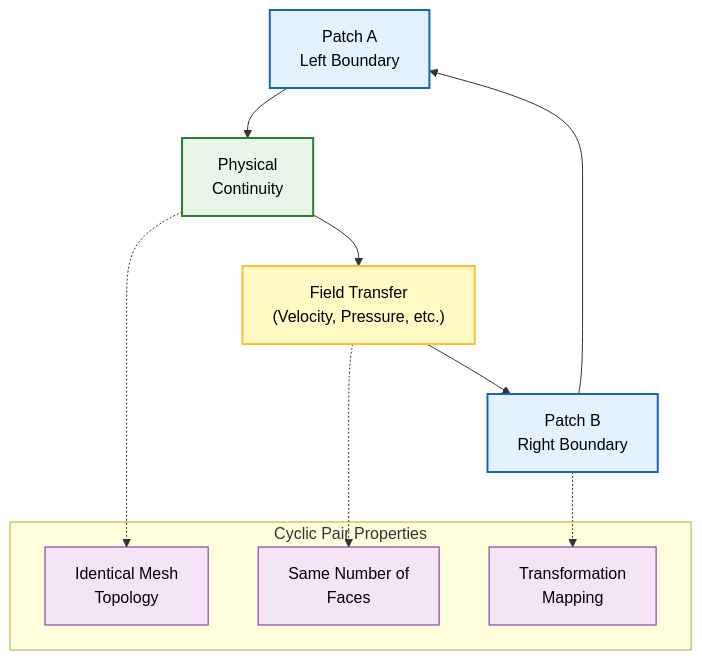
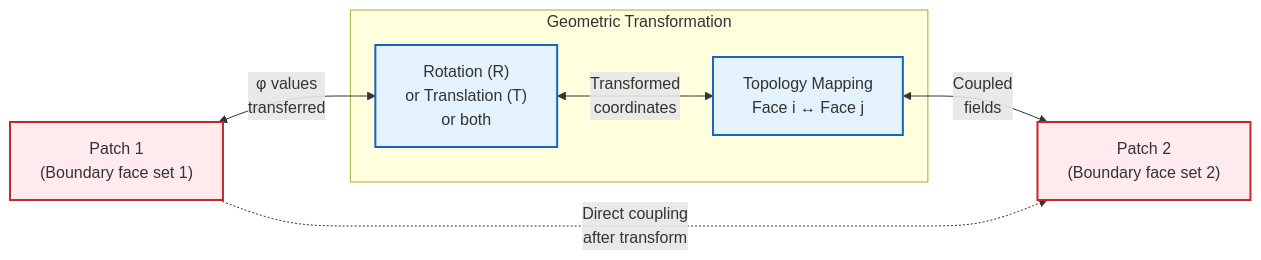
The third of 7 diagrams in MODULE_01_CFD_FUNDAMENTALS/CONTENT/03_BOUNDARY_CONDITIONS/06_Advanced_Boundary_Conditions.md (wramet/build-my-cfd), drawn with Mermaid before and after one commit. The commit also changed other lines of this file and 313 other files, not shown here.

Commit message:
Revise all diagram

````diff
--- a/MODULE_01_CFD_FUNDAMENTALS/CONTENT/03_BOUNDARY_CONDITIONS/06_Advanced_Boundary_Conditions.md
+++ b/MODULE_01_CFD_FUNDAMENTALS/CONTENT/03_BOUNDARY_CONDITIONS/06_Advanced_Boundary_Conditions.md
@@ -179,25 +177,22 @@
 ```mermaid
-graph TD
-    A["Patch A<br/>Left Boundary"] --> B["Physical<br/>Continuity"]
-    B --> C["Field Transfer<br/>(Velocity, Pressure, etc.)"]
-    C --> D["Patch B<br/>Right Boundary"]
-    D --> A
+graph LR
+%% Cyclic BC Conceptual Framework
+P1["Patch 1<br/>(Boundary face set 1)"]:::explicit
 
-    subgraph "Cyclic Pair Properties"
-        E["Identical Mesh<br/>Topology"]
-        F["Same Number of<br/>Faces"]
-        G["Transformation<br/>Mapping"]
-    end
+subgraph Transform ["Geometric Transformation"]
+Rot["Rotation (R)<br/>or Translation (T)<br/>or both"]:::implicit
+Map["Topology Mapping<br/>Face i ↔ Face j"]:::implicit
+end
 
-    B -.-> E
-    C -.-> F
-    D -.-> G
+P2["Patch 2<br/>(Boundary face set 2)"]:::explicit
 
-    style A fill:#e3f2fd,stroke:#1565c0,stroke-width:2px,color:#000;
-    style B fill:#e8f5e9,stroke:#2e7d32,stroke-width:2px,color:#000;
-    style C fill:#fff9c4,stroke:#fbc02d,stroke-width:2px,color:#000;
-    style D fill:#e3f2fd,stroke:#1565c0,stroke-width:2px,color:#000;
-    style E fill:#f3e5f5,stroke:#7b1fa2,stroke-width:1px,color:#000;
-    style F fill:#f3e5f5,stroke:#7b1fa2,stroke-width:1px,color:#000;
-    style G fill:#f3e5f5,stroke:#7b1fa2,stroke-width:1px,color:#000;
+P1 <-->|φ values<br/>transferred| Rot
+Rot <-->|Transformed<br/>coordinates| Map
+Map <-->|Coupled<br/>fields| P2
+
+P1 -.->|Direct coupling<br/>after transform| P2
+
+%% Classes
+classDef implicit fill:#e3f2fd,stroke:#1565c0,stroke-width:2px;
+classDef explicit fill:#ffebee,stroke:#c62828,stroke-width:2px;
 ```
````
